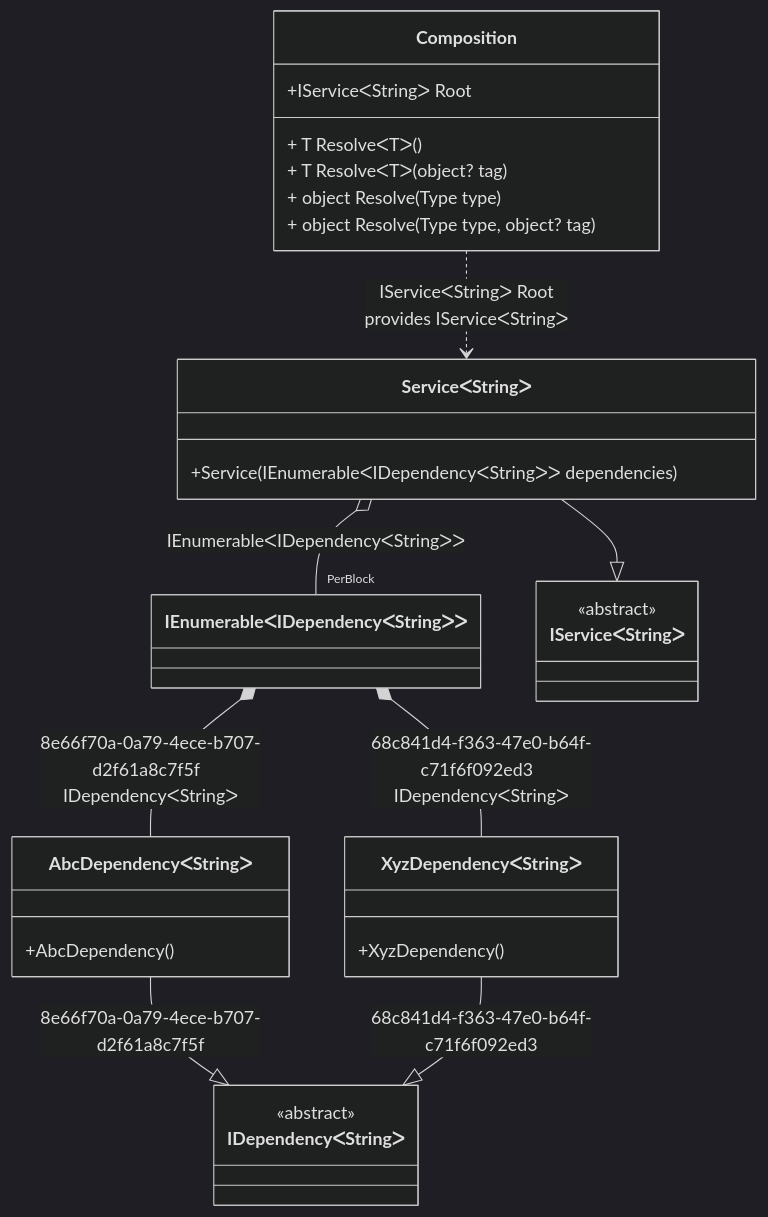
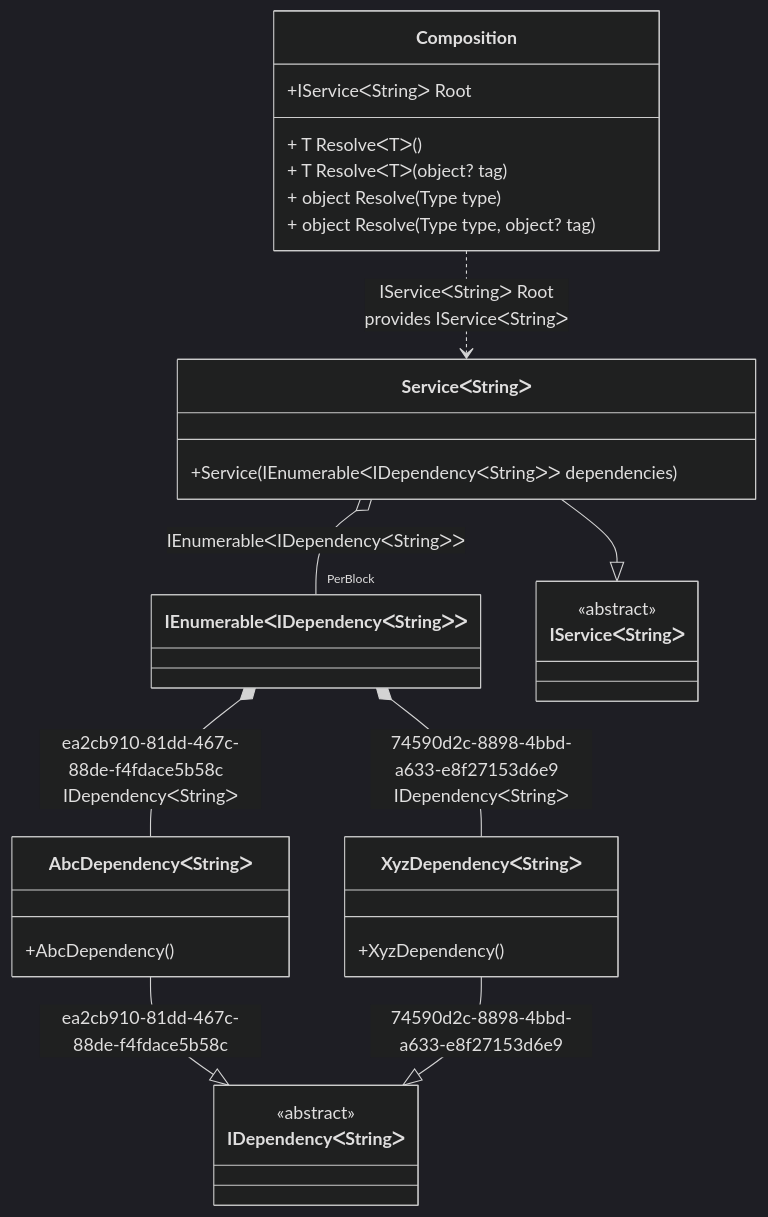
Before and after one commit to DevTeam/Pure.DI: the diagram in readme/tag-unique.md, drawn with Mermaid (dark theme). The commit also changed other lines of this file and 73 other files, not shown here.

````diff
--- a/readme/tag-unique.md
+++ b/readme/tag-unique.md
@@ -39,33 +39,33 @@
 ```mermaid
 classDiagram
   class Composition {
     +IServiceᐸStringᐳ Root
     + T ResolveᐸTᐳ()
     + T ResolveᐸTᐳ(object? tag)
     + object Resolve(Type type)
     + object Resolve(Type type, object? tag)
   }
   class IEnumerableᐸIDependencyᐸStringᐳᐳ
-  AbcDependencyᐸStringᐳ --|> IDependencyᐸStringᐳ : 8e66f70a-0a79-4ece-b707-d2f61a8c7f5f 
+  AbcDependencyᐸStringᐳ --|> IDependencyᐸStringᐳ : ea2cb910-81dd-467c-88de-f4fdace5b58c 
   class AbcDependencyᐸStringᐳ {
     +AbcDependency()
   }
-  XyzDependencyᐸStringᐳ --|> IDependencyᐸStringᐳ : 68c841d4-f363-47e0-b64f-c71f6f092ed3 
+  XyzDependencyᐸStringᐳ --|> IDependencyᐸStringᐳ : 74590d2c-8898-4bbd-a633-e8f27153d6e9 
   class XyzDependencyᐸStringᐳ {
     +XyzDependency()
   }
   ServiceᐸStringᐳ --|> IServiceᐸStringᐳ : 
   class ServiceᐸStringᐳ {
     +Service(IEnumerableᐸIDependencyᐸStringᐳᐳ dependencies)
   }
   class IDependencyᐸStringᐳ {
     <<abstract>>
   }
   class IServiceᐸStringᐳ {
     <<abstract>>
   }
-  IEnumerableᐸIDependencyᐸStringᐳᐳ *--  AbcDependencyᐸStringᐳ : 8e66f70a-0a79-4ece-b707-d2f61a8c7f5f  IDependencyᐸStringᐳ
-  IEnumerableᐸIDependencyᐸStringᐳᐳ *--  XyzDependencyᐸStringᐳ : 68c841d4-f363-47e0-b64f-c71f6f092ed3  IDependencyᐸStringᐳ
+  IEnumerableᐸIDependencyᐸStringᐳᐳ *--  AbcDependencyᐸStringᐳ : ea2cb910-81dd-467c-88de-f4fdace5b58c  IDependencyᐸStringᐳ
+  IEnumerableᐸIDependencyᐸStringᐳᐳ *--  XyzDependencyᐸStringᐳ : 74590d2c-8898-4bbd-a633-e8f27153d6e9  IDependencyᐸStringᐳ
   Composition ..> ServiceᐸStringᐳ : IServiceᐸStringᐳ Root<br/>provides IServiceᐸStringᐳ
   ServiceᐸStringᐳ o--  "PerBlock" IEnumerableᐸIDependencyᐸStringᐳᐳ : IEnumerableᐸIDependencyᐸStringᐳᐳ
 ```
````
